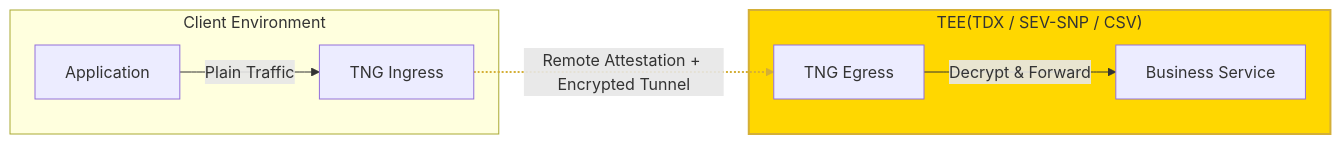
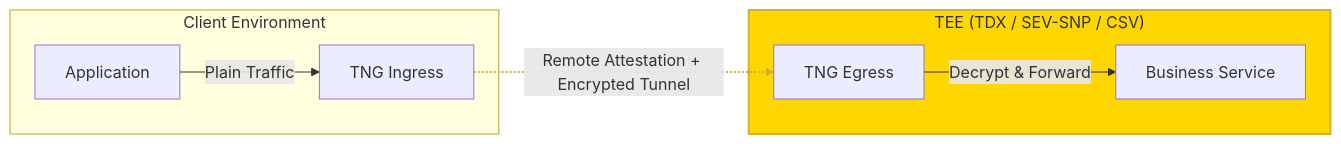
One commit to inclavare-containers/TNG changed the diagram in README.md. Above: the diagram before and after it, drawn with Mermaid. The commit also changed other lines of this file and 5 other files, not shown here.

````diff
--- a/README.md
+++ b/README.md
@@ -20,19 +49,19 @@
 ```mermaid
 graph LR
     subgraph ClientEnv [Client Environment]
         App[Application]
         TNG_In[TNG Ingress]
     end
 
-    subgraph TrustedEnv ["TEE(TDX / SEV-SNP / CSV)"]
+    subgraph TrustedEnv ["TEE (TDX / SEV-SNP / CSV)"]
         TNG_Eg[TNG Egress]
         Service[Business Service]
     end
 
     App -- Plain Traffic --> TNG_In
     TNG_In -. Remote Attestation + Encrypted Tunnel .-> TNG_Eg
     TNG_Eg -- Decrypt & Forward --> Service
 
     style TrustedEnv fill:#ffd700,stroke:#d4af37,stroke-width:2px
     linkStyle 1 stroke:#d4af37,stroke-width:2px
 ```
````
